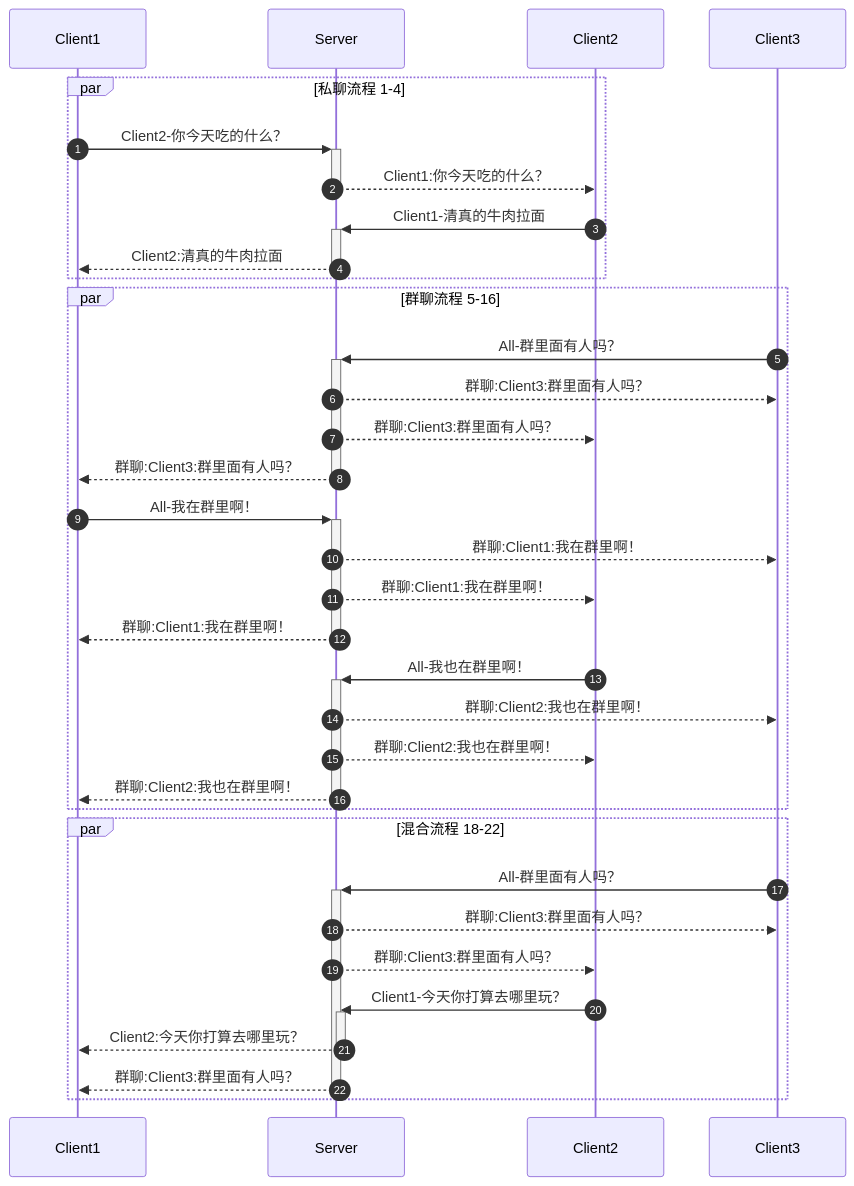
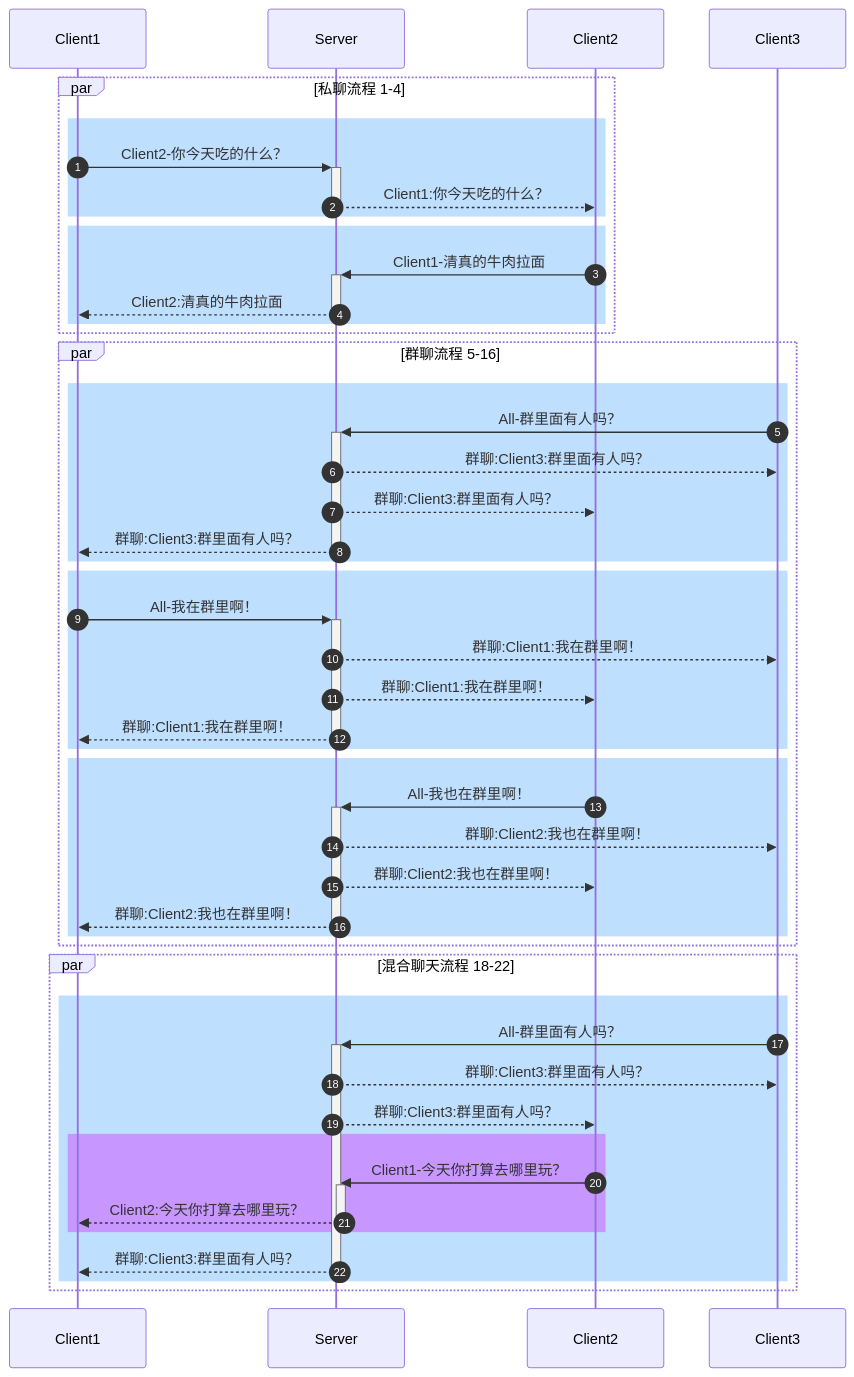
Before and after one commit to RedCrazyGhost/Blog: the third of 3 diagrams in MarkDown/Chat系统人员分工.md, drawn with Mermaid. The commit also changed other lines of this file, not shown here.

````diff
--- a/MarkDown/Chat系统人员分工.md
+++ b/MarkDown/Chat系统人员分工.md
@@ -47,34 +56,48 @@
 ```mermaid
 sequenceDiagram
   autonumber
-  par 私聊流程 1-4
+  par 私聊流程 1-4 
+    rect rgb(191, 223, 255)
     Client1->>+Server:Client2-你今天吃的什么？
     Server-->>-Client2:Client1:你今天吃的什么？
+    end
+    rect rgb(191, 223, 255)
     Client2->>+Server:Client1-清真的牛肉拉面
     Server-->>-Client1:Client2:清真的牛肉拉面
+    end
   end
   
   par 群聊流程 5-16
+    rect rgb(191, 223, 255)
     Client3->>+Server:All-群里面有人吗？
     Server-->>Client3:群聊:Client3:群里面有人吗？
     Server-->>Client2:群聊:Client3:群里面有人吗？
     Server-->>-Client1:群聊:Client3:群里面有人吗？
+    end
+    rect rgb(191, 223, 255)
     Client1->>+Server:All-我在群里啊！
     Server-->>Client3:群聊:Client1:我在群里啊！
     Server-->>Client2:群聊:Client1:我在群里啊！
     Server-->>-Client1:群聊:Client1:我在群里啊！
+    end
+    rect rgb(191, 223, 255)
     Client2->>+Server:All-我也在群里啊！
     Server-->>Client3:群聊:Client2:我也在群里啊！
     Server-->>Client2:群聊:Client2:我也在群里啊！
     Server-->>-Client1:群聊:Client2:我也在群里啊！
+    end
   end
 
-  par 混合流程 18-22
+  par 混合聊天流程 18-22
+    rect rgb(191, 223, 255)
     Client3->>+Server:All-群里面有人吗？
     Server-->>Client3:群聊:Client3:群里面有人吗？
     Server-->>Client2:群聊:Client3:群里面有人吗？
+    rect rgb(200, 150, 255)
     Client2->>+Server:Client1-今天你打算去哪里玩？
     Server-->>-Client1:Client2:今天你打算去哪里玩？
+    end
     Server-->>-Client1:群聊:Client3:群里面有人吗？
+    end
   end
 ```
````
